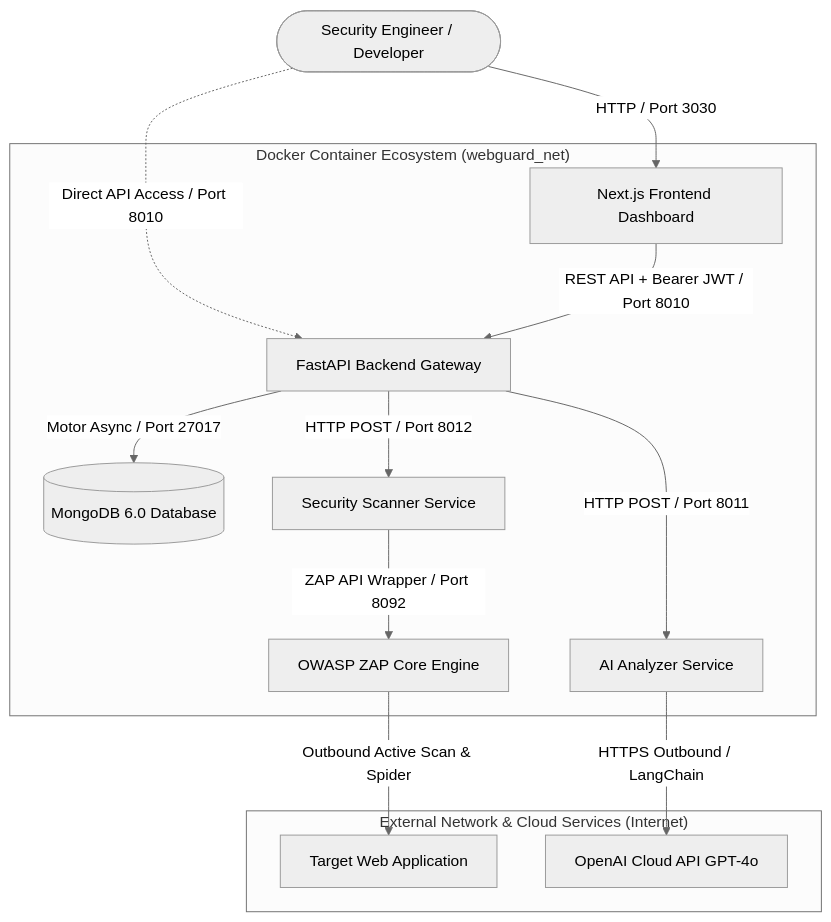
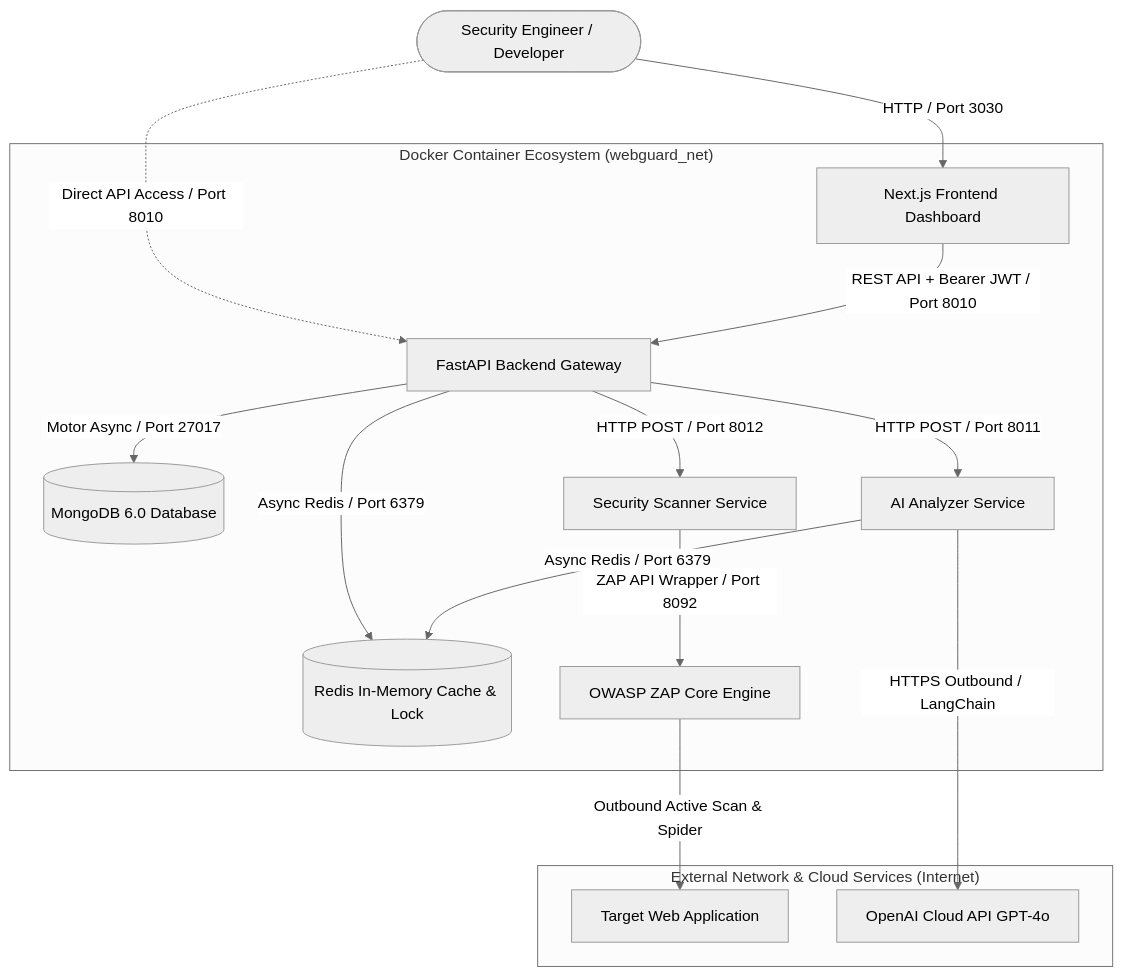
Before and after one commit to Ammar-1993/WebGuard-AI: the first of 2 diagrams in README.md, drawn with Mermaid (neutral theme). The commit also changed other lines of this file, not shown here.

First line of the commit message:
docs: update README with Redis architecture, performance benchmarks, and metrics

````diff
--- a/README.md
+++ b/README.md
@@ -87,20 +116,23 @@
 ```mermaid
 graph TB
     User([Security Engineer / Developer]) -->|HTTP / Port 3030| Frontend[Next.js Frontend Dashboard]
     User -.->|Direct API Access / Port 8010| Backend[FastAPI Backend Gateway]
 
     subgraph DockerNet ["Docker Container Ecosystem (webguard_net)"]
         Frontend -->|REST API + Bearer JWT / Port 8010| Backend
         
         Backend -->|Motor Async / Port 27017| MongoDB[(MongoDB 6.0 Database)]
+        Backend -->|Async Redis / Port 6379| Redis[(Redis In-Memory Cache & Lock)]
+        
         Backend -->|HTTP POST / Port 8012| ScannerAPI[Security Scanner Service]
         ScannerAPI -->|ZAP API Wrapper / Port 8092| ZAPEngine[OWASP ZAP Core Engine]
         
         Backend -->|HTTP POST / Port 8011| AIAnalyzer[AI Analyzer Service]
+        AIAnalyzer -->|Async Redis / Port 6379| Redis
     end
 
     subgraph External ["External Network & Cloud Services (Internet)"]
         ZAPEngine -->|Outbound Active Scan & Spider| TargetWebsite[Target Web Application]
         AIAnalyzer -->|HTTPS Outbound / LangChain| OpenAIAPI[OpenAI Cloud API GPT-4o]
     end
 ```
````
